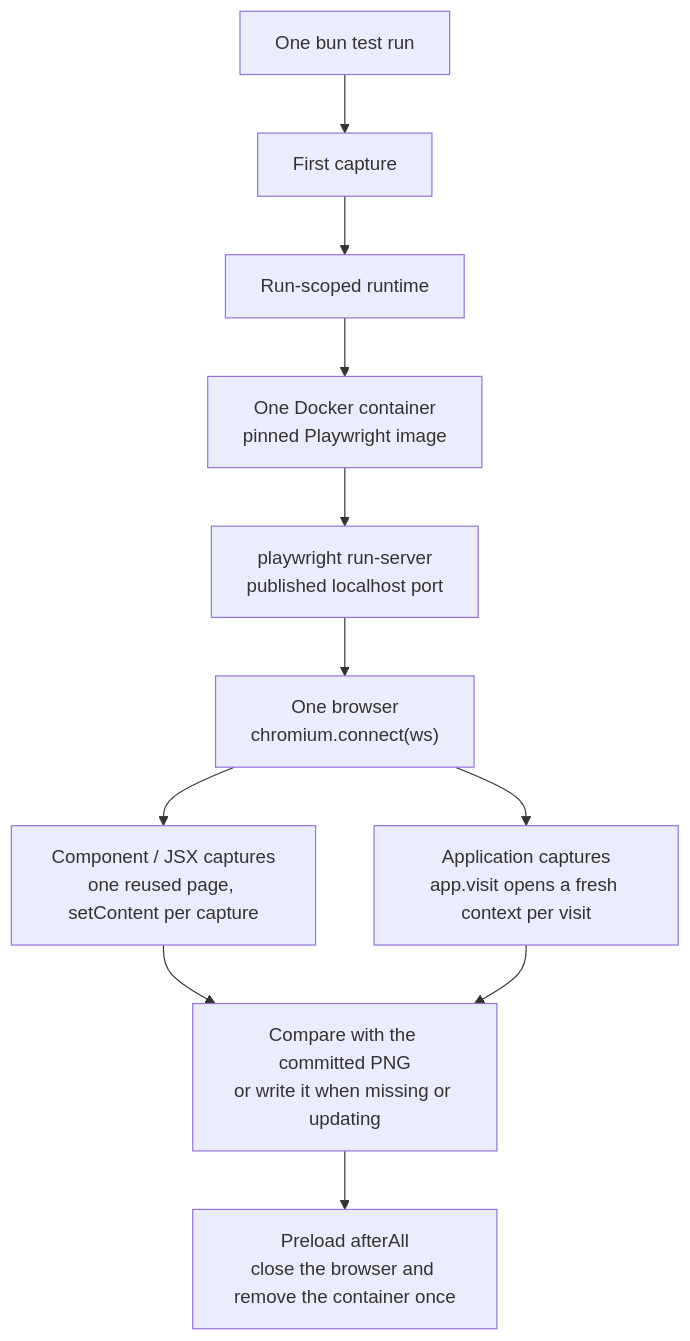
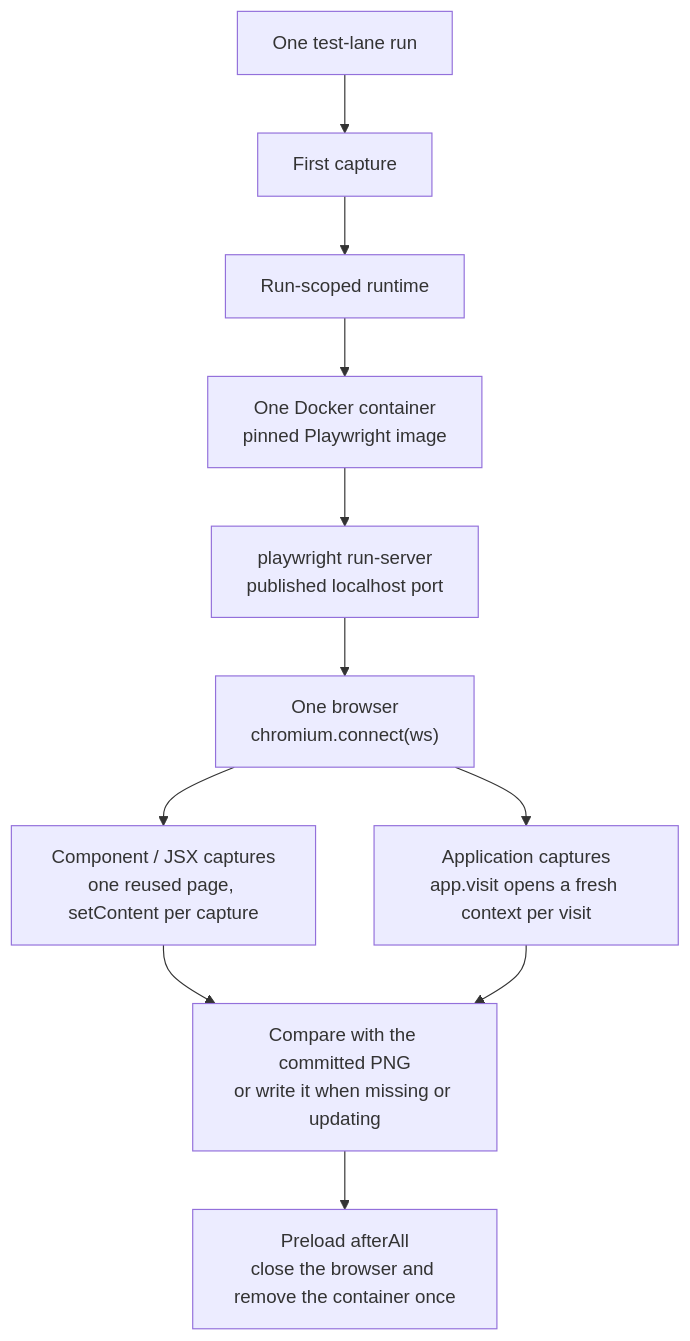
The diagram in docs/testing.md (TroyAlford/basis), drawn with Mermaid before and after one commit. The commit also changed other lines of this file and 194 other files, not shown here.

````diff
--- a/docs/testing.md
+++ b/docs/testing.md
@@ -19,13 +46,13 @@
 ```mermaid
 flowchart TD
-    Run["One bun test run"] --> First["First capture"]
+    Run["One test-lane run"] --> First["First capture"]
     First --> Runtime["Run-scoped runtime"]
     Runtime --> Container["One Docker container<br/>pinned Playwright image"]
     Container --> Server["playwright run-server<br/>published localhost port"]
     Server --> Browser["One browser<br/>chromium.connect(ws)"]
     Browser --> Component["Component / JSX captures<br/>one reused page, setContent per capture"]
     Browser --> Visit["Application captures<br/>app.visit opens a fresh context per visit"]
     Component --> Compare["Compare with the committed PNG<br/>or write it when missing or updating"]
     Visit --> Compare
     Compare --> Teardown["Preload afterAll<br/>close the browser and remove the container once"]
 ```
````
